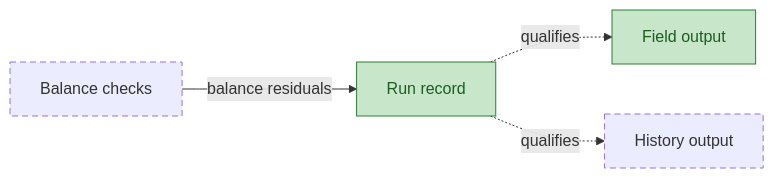
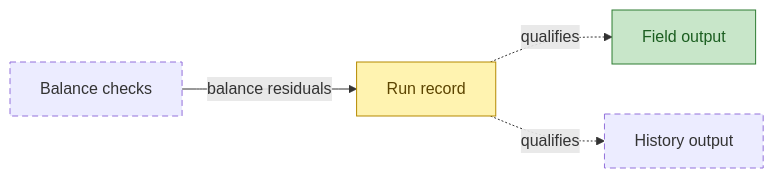
One commit to aurja130/URUS changed diagram 15 of 16 in Planning/DBC/CONCEPTS.md. Above: the diagram before and after it, drawn with Mermaid. The commit also changed other lines of this file and 5 other files, not shown here.

````diff
--- a/Planning/DBC/CONCEPTS.md
+++ b/Planning/DBC/CONCEPTS.md
@@ -398,12 +407,13 @@
 ```mermaid
 flowchart LR
 classDef implemented fill:#c8e6c9,stroke:#2e7d32,color:#1b5e20
 classDef partial fill:#fff3b0,stroke:#b58900,color:#5c4400
 classDef planned stroke-dasharray:6 4
 classDef external fill:#eeeeee,stroke:#9e9e9e,stroke-dasharray:1 3,color:#616161
 BalanceChecks["Balance checks"] -->|balance residuals| RunRecord["Run record"]
 RunRecord -.->|qualifies| FieldOutput["Field output"]
 RunRecord -.->|qualifies| HistoryOutput["History output"]
 class BalanceChecks,HistoryOutput planned
-class RunRecord,FieldOutput implemented
+class FieldOutput implemented
+class RunRecord partial
 ```
````
